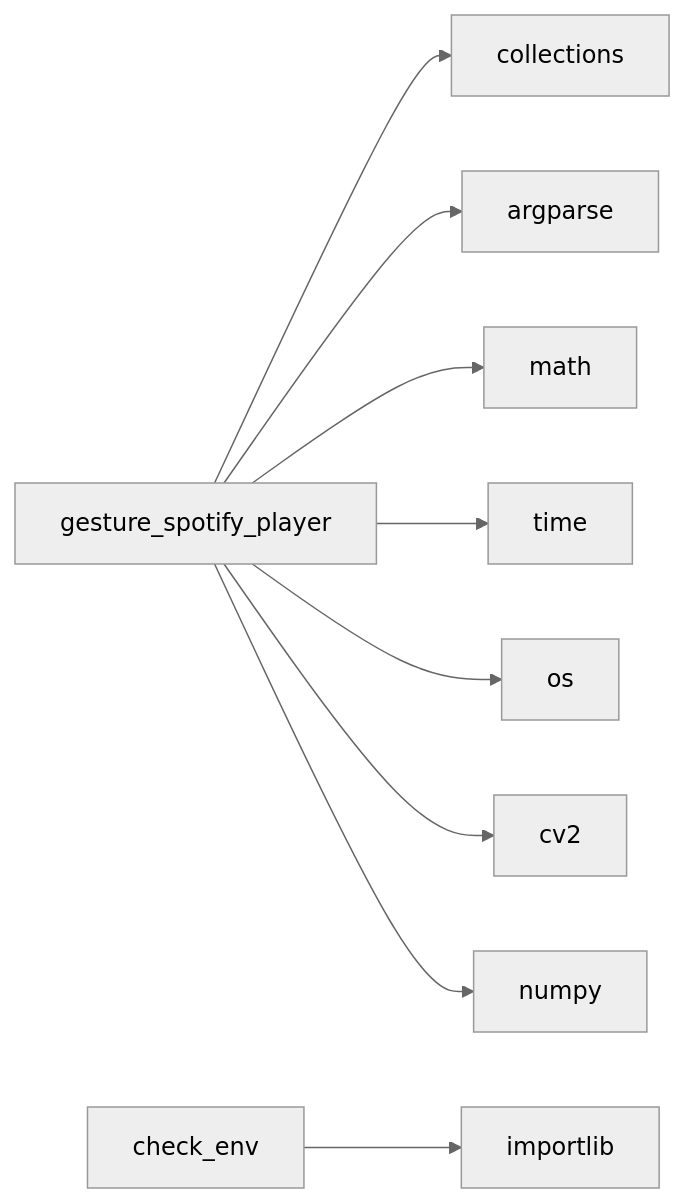
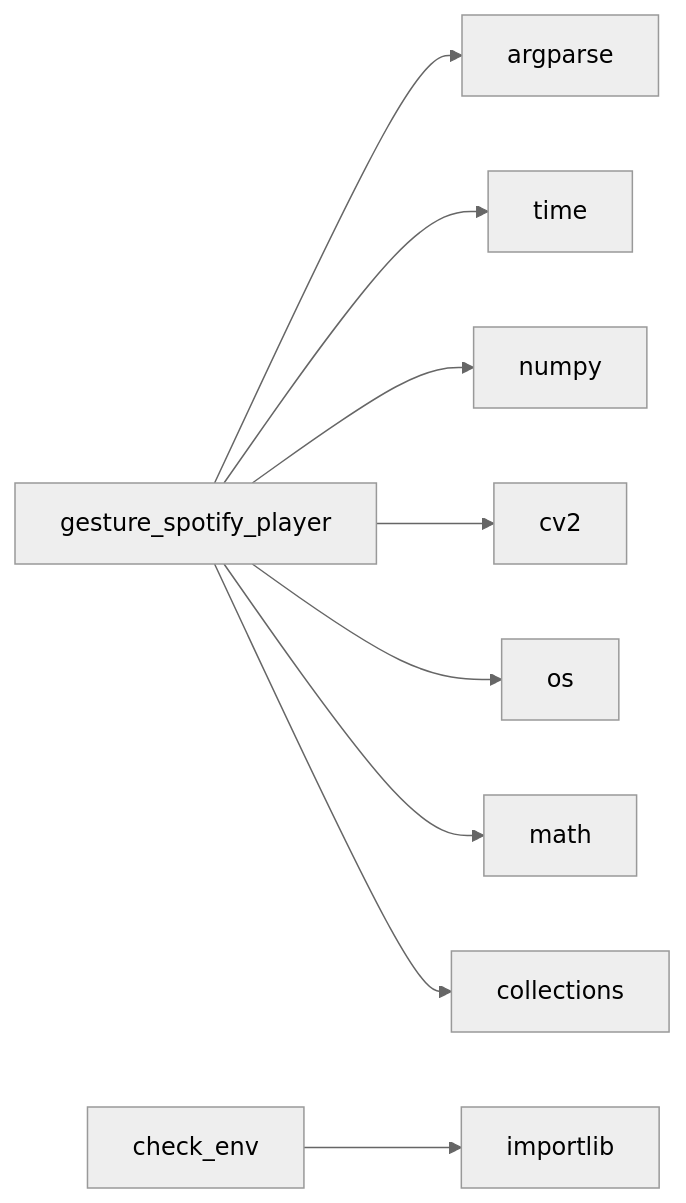
The second of 2 diagrams in README.md (NITISH-R-G/PalmPlay1), drawn with Mermaid (neutral theme) before and after one commit. The commit also changed other lines of this file and 3 other files, not shown here.

Commit message:
docs: update repository documentation and diagrams [skip ci]

````diff
--- a/README.md
+++ b/README.md
@@ -60,15 +60,15 @@
 ```mermaid
 graph LR
     gesture_spotify_player[gesture_spotify_player]
+    gesture_spotify_player --> argparse[argparse]
+    gesture_spotify_player --> time[time]
+    gesture_spotify_player --> numpy[numpy]
+    gesture_spotify_player --> cv2[cv2]
+    gesture_spotify_player --> os[os]
+    gesture_spotify_player --> math[math]
     gesture_spotify_player --> collections[collections]
-    gesture_spotify_player --> argparse[argparse]
-    gesture_spotify_player --> math[math]
-    gesture_spotify_player --> time[time]
-    gesture_spotify_player --> os[os]
-    gesture_spotify_player --> cv2[cv2]
-    gesture_spotify_player --> numpy[numpy]
     check_env[check_env]
     check_env --> importlib[importlib]
     click gesture_spotify_player href "https://github.com/NITISH-R-G/PalmPlay1/blob/main/gesture_spotify_player.py" "View source code"
     click check_env href "https://github.com/NITISH-R-G/PalmPlay1/blob/main/check_env.py" "View source code"
 ```
````
